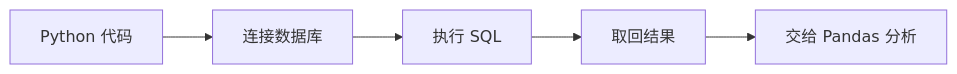
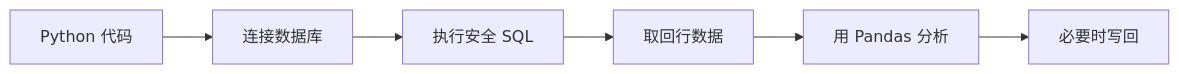
Before and after one commit to oudbiao/AI-fullstack-course: the first of 2 diagrams in i18n/zh-Hans/docusaurus-plugin-content-docs/current/ch03-data-analysis/ch05-database/03-python-db.md, drawn with Mermaid. The commit also changed other lines of this file and 8 other files, not shown here.

````diff
--- a/i18n/zh-Hans/docusaurus-plugin-content-docs/current/ch03-data-analysis/ch05-database/03-python-db.md
+++ b/i18n/zh-Hans/docusaurus-plugin-content-docs/current/ch03-data-analysis/ch05-database/03-python-db.md
@@ -43,7 +46,8 @@
 ```mermaid
 flowchart LR
     A["Python 代码"] --> B["连接数据库"]
-    B --> C["执行 SQL"]
-    C --> D["取回结果"]
-    D --> E["交给 Pandas 分析"]
+    B --> C["执行安全 SQL"]
+    C --> D["取回行数据"]
+    D --> E["用 Pandas 分析"]
+    E --> F["必要时写回"]
 ```
````
